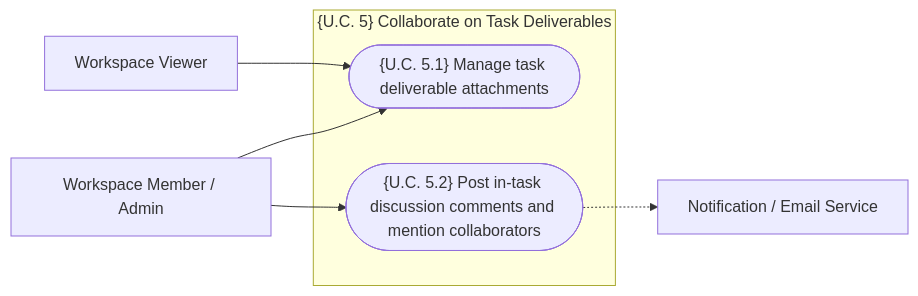
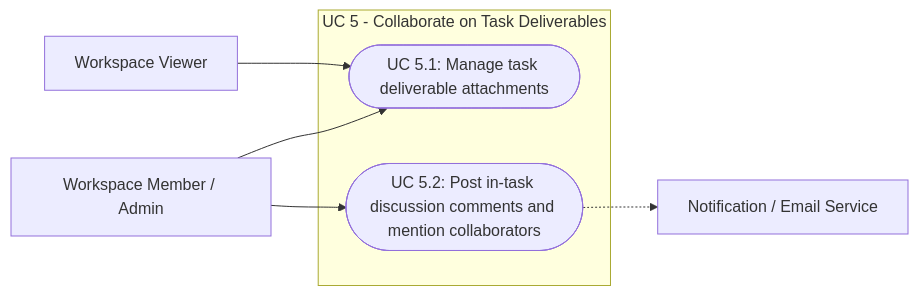
Before and after one commit to pauloribeiro16/aegis-mvp: the sixth of 9 diagrams in cases/Case_01_TinyTask_SaaS/03_PHASE3_SPEC/Doc02_System_Use_Cases.md, drawn with Mermaid. The commit also changed other lines of this file and 1 other file, not shown here.

Commit message:
fix(phase3): remove sequence diagrams and use clean error-free UML Use Case diagrams in Doc02

````diff
--- a/cases/Case_01_TinyTask_SaaS/03_PHASE3_SPEC/Doc02_System_Use_Cases.md
+++ b/cases/Case_01_TinyTask_SaaS/03_PHASE3_SPEC/Doc02_System_Use_Cases.md
@@ -778,16 +543,16 @@
 ```mermaid
 flowchart LR
     Member["Workspace Member / Admin"]
     Viewer["Workspace Viewer"]
     Email["Notification / Email Service"]
 
-    subgraph UC5_Cluster["{U.C. 5} Collaborate on Task Deliverables"]
-        UC5_1(["{U.C. 5.1} Manage task deliverable attachments"])
-        UC5_2(["{U.C. 5.2} Post in-task discussion comments and mention collaborators"])
+    subgraph UC5_Cluster ["UC 5 - Collaborate on Task Deliverables"]
+        UC5_1(["UC 5.1: Manage task deliverable attachments"])
+        UC5_2(["UC 5.2: Post in-task discussion comments and mention collaborators"])
     end
 
     Member --> UC5_1
     Member --> UC5_2
     Viewer --> UC5_1
     UC5_2 -.-> Email
 ```
````
